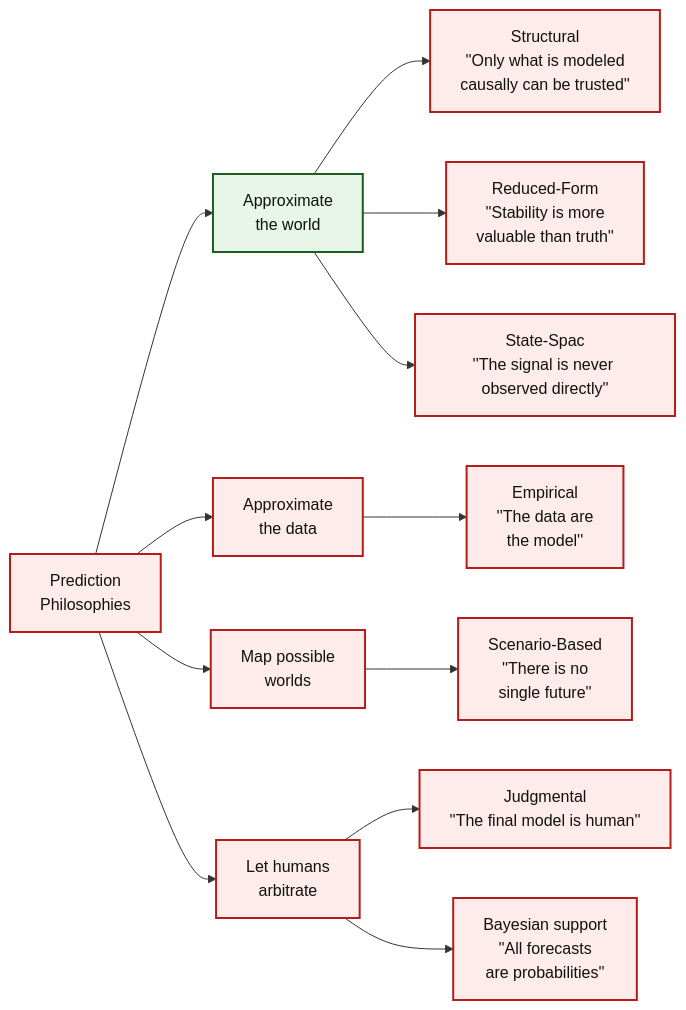
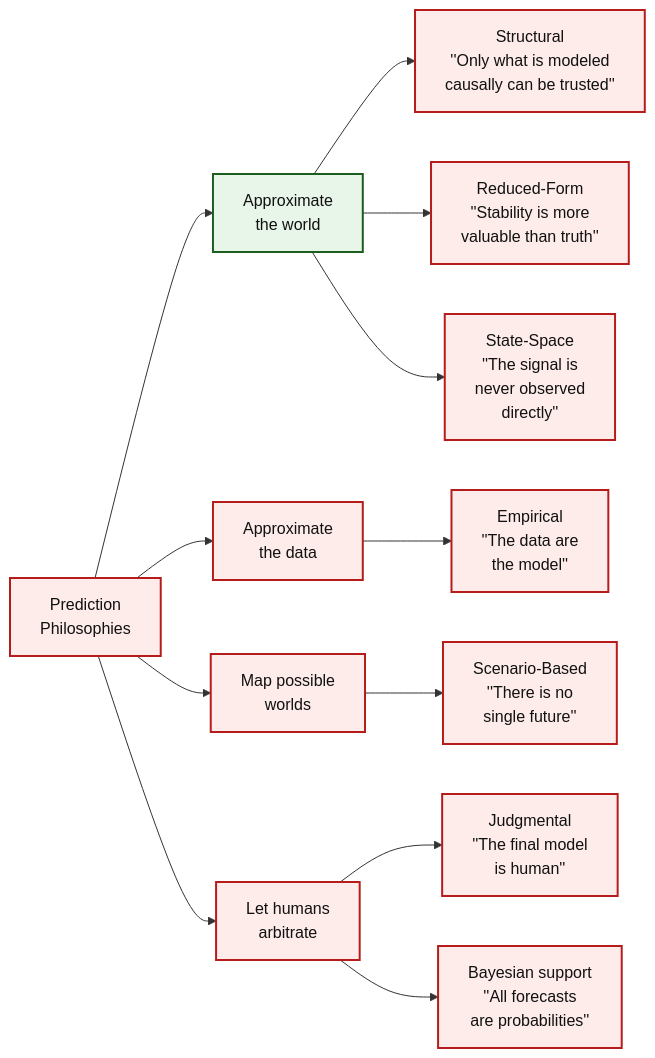
One commit to Tellusant/docs changed the diagram in articles-posts/predictive-model-evaluation-framework.md. Above: the diagram before and after it, drawn with Mermaid.

```diff
--- a/articles-posts/predictive-model-evaluation-framework.md
+++ b/articles-posts/predictive-model-evaluation-framework.md
@@ -26,42 +26,42 @@
 <div class="mermaid">
 
 flowchart LR
 
 %% ========= NODES =========
 P["Prediction<br/>Philosophies"]:::risk
 
 AW["Approximate<br/>the world"]:::strong
 AD["Approximate<br/>the data"]:::risk
 PW["Map possible<br/>worlds"]:::risk
 HA["Let humans<br/>arbitrate"]:::risk
 
 EMP["Empirical<br/>''The data are<br/>the model''"]:::risk
 STR["Structural<br/>''Only what is modeled<br/>causally can be trusted''"]:::risk
 RED["Reduced-Form<br/>''Stability is more<br/>valuable than truth''"]:::risk
-STA["State-Spac<br/>''The signal is never observed directly''"]:::risk
+STA["State-Space<br/>''The signal is<br/>never observed<br/>directly''"]:::risk
 SCE["Scenario-Based<br/>''There is no<br/>single future''"]:::risk
-JUD["Judgmental<br/>''The final model is human''"]:::risk
+JUD["Judgmental<br/>''The final model<br/>is human''"]:::risk
 BAY["Bayesian support<br/>''All forecasts<br/>are probabilities''"]:::risk
 
 %% ========= RELATIONSHIPS =========
 P --> AW
 P --> AD
 P --> PW
 P --> HA
 AW --> STR
 AW --> RED
 AW --> STA
 AD --> EMP
 PW --> SCE
 HA --> JUD
 HA --> BAY
 
 %% ========= STYLES =========
 classDef strong  fill:#E8F5E9,stroke:#1B5E20,stroke-width:2px,color:#111;
 classDef neutral fill:#E3F2FD,stroke:#0D47A1,stroke-width:2px,color:#111;
 classDef mixed   fill:#FFF8E1,stroke:#FF6F00,stroke-width:2px,color:#111;
 classDef risk    fill:#FDECEA,stroke:#B71C1C,stroke-width:2px,color:#111;
 classDef summary fill:#F5F5F5,stroke:#424242,stroke-width:2px,color:#111;
 classDef anchor fill:transparent,stroke:transparent;
 
 </div>
```
